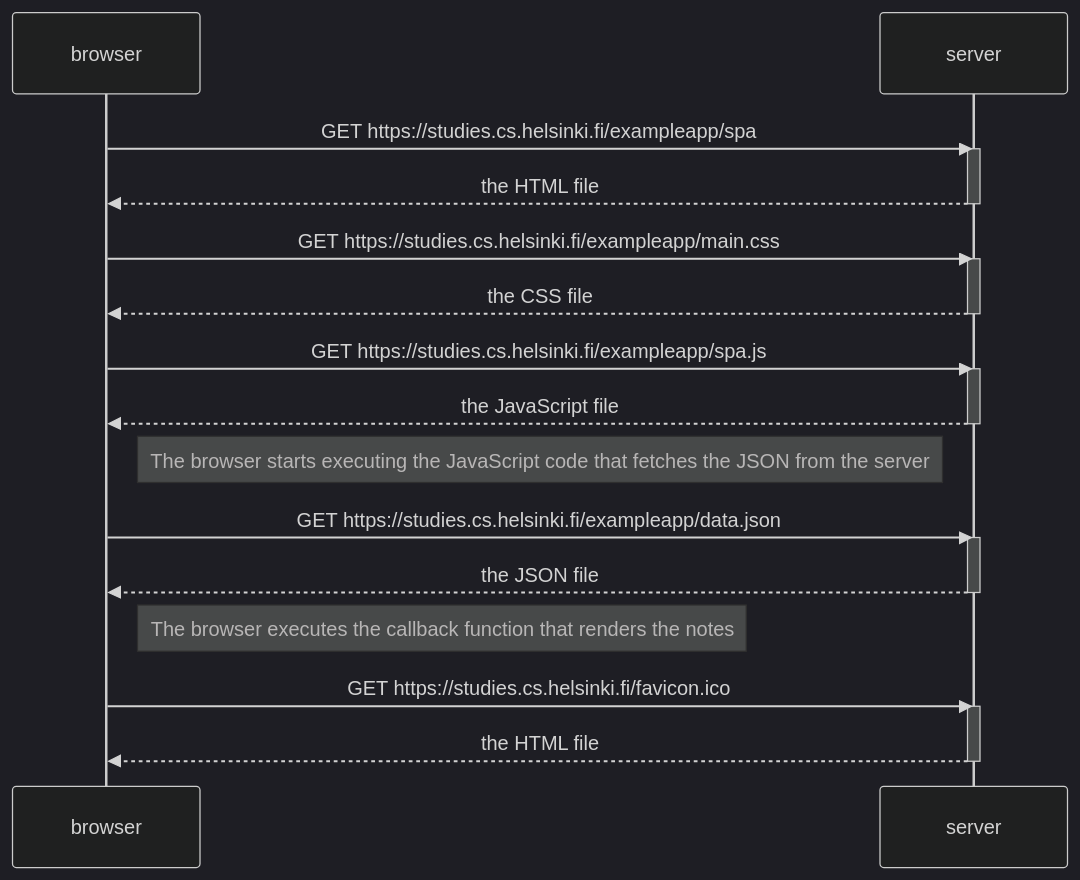
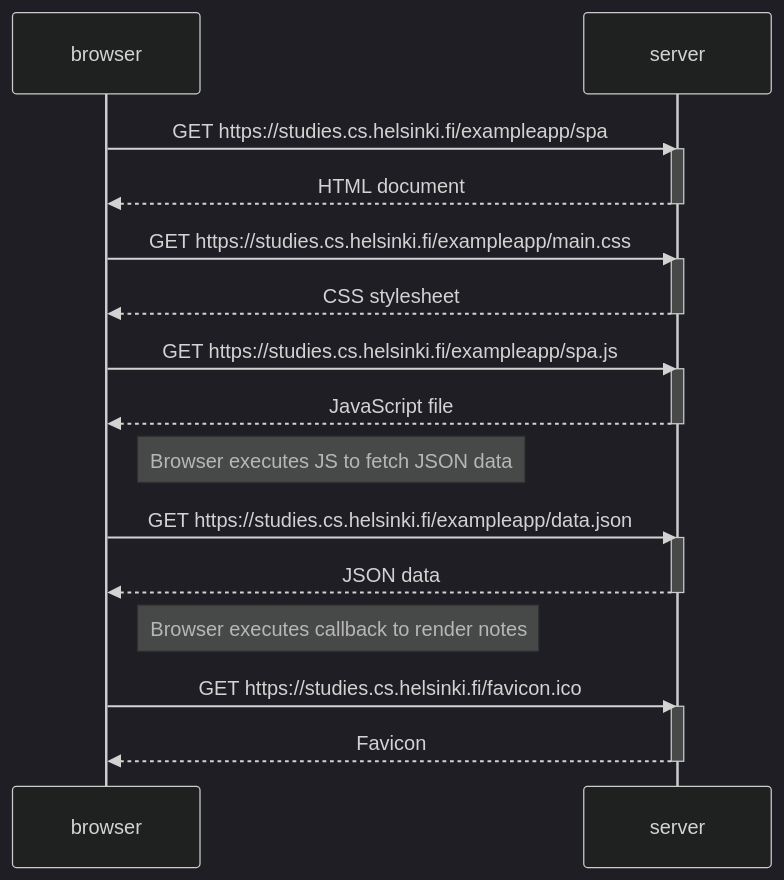
Before and after one commit to alwaysvivek/full-stack-open: the diagram in part0/0.5.md, drawn with Mermaid (dark theme). The commit also changed 2 other files, not shown here.

Commit message:
Refactor diagrams to use participant aliases

````diff
--- a/part0/0.5.md
+++ b/part0/0.5.md
@@ -1,34 +1,34 @@
 ```mermaid
 sequenceDiagram
-participant browser
-participant server
+    participant B as browser
+    participant S as server
 
-    browser->>server: GET https://studies.cs.helsinki.fi/exampleapp/spa
-    activate server
-    server-->>browser: the HTML file
-    deactivate server
+    B->>S: GET https://studies.cs.helsinki.fi/exampleapp/spa
+    activate S
+    S-->>B: HTML document
+    deactivate S
 
-    browser->>server: GET https://studies.cs.helsinki.fi/exampleapp/main.css
-    activate server
-    server-->>browser: the CSS file
-    deactivate server
+    B->>S: GET https://studies.cs.helsinki.fi/exampleapp/main.css
+    activate S
+    S-->>B: CSS stylesheet
+    deactivate S
 
-    browser->>server: GET https://studies.cs.helsinki.fi/exampleapp/spa.js
-    activate server
-    server-->>browser: the JavaScript file
-    deactivate server
+    B->>S: GET https://studies.cs.helsinki.fi/exampleapp/spa.js
+    activate S
+    S-->>B: JavaScript file
+    deactivate S
 
-    Note right of browser: The browser starts executing the JavaScript code that fetches the JSON from the server
+    Note right of B: Browser executes JS to fetch JSON data
 
-    browser->>server: GET https://studies.cs.helsinki.fi/exampleapp/data.json
-    activate server
-    server-->>browser: the JSON file
-    deactivate server
+    B->>S: GET https://studies.cs.helsinki.fi/exampleapp/data.json
+    activate S
+    S-->>B: JSON data
+    deactivate S
 
-    Note right of browser: The browser executes the callback function that renders the notes
+    Note right of B: Browser executes callback to render notes
 
-    browser->>server: GET https://studies.cs.helsinki.fi/favicon.ico
-    activate server
-    server-->>browser: the HTML file
-    deactivate server
+    B->>S: GET https://studies.cs.helsinki.fi/favicon.ico
+    activate S
+    S-->>B: Favicon
+    deactivate S
 ```
````
